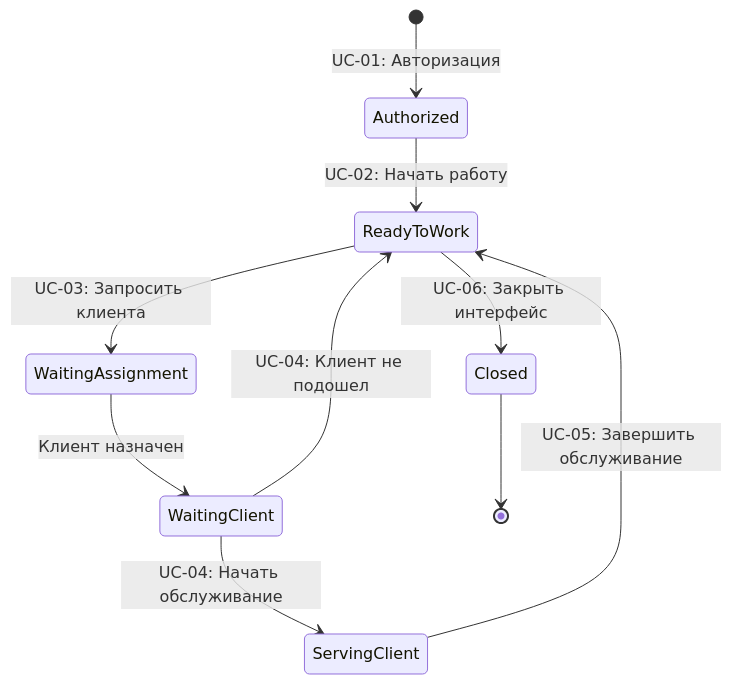
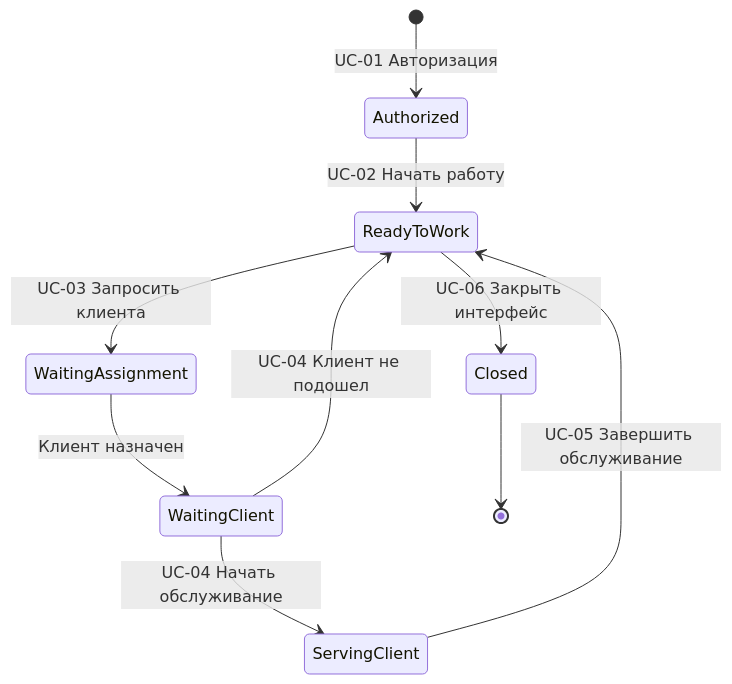
The second of 2 diagrams in services/operator-interface/docs/use-cases.md (NullDefenders/QueueManagementSystem), drawn with Mermaid before and after one commit.

Commit message:
Fix stateDiagram

````diff
--- a/services/operator-interface/docs/use-cases.md
+++ b/services/operator-interface/docs/use-cases.md
@@ -203,12 +203,12 @@
 ```mermaid
 stateDiagram-v2
-    [*] --> Authorized : UC-01: Авторизация
-    Authorized --> ReadyToWork : UC-02: Начать работу
-    ReadyToWork --> WaitingAssignment : UC-03: Запросить клиента
+    [*] --> Authorized : UC-01 Авторизация
+    Authorized --> ReadyToWork : UC-02 Начать работу
+    ReadyToWork --> WaitingAssignment : UC-03 Запросить клиента
     WaitingAssignment --> WaitingClient : Клиент назначен
-    WaitingClient --> ServingClient : UC-04: Начать обслуживание
-    WaitingClient --> ReadyToWork : UC-04: Клиент не подошел
-    ServingClient --> ReadyToWork : UC-05: Завершить обслуживание
-    ReadyToWork --> Closed : UC-06: Закрыть интерфейс
+    WaitingClient --> ServingClient : UC-04 Начать обслуживание
+    WaitingClient --> ReadyToWork : UC-04 Клиент не подошел
+    ServingClient --> ReadyToWork : UC-05 Завершить обслуживание
+    ReadyToWork --> Closed : UC-06 Закрыть интерфейс
     Closed --> [*]
 ```
````
